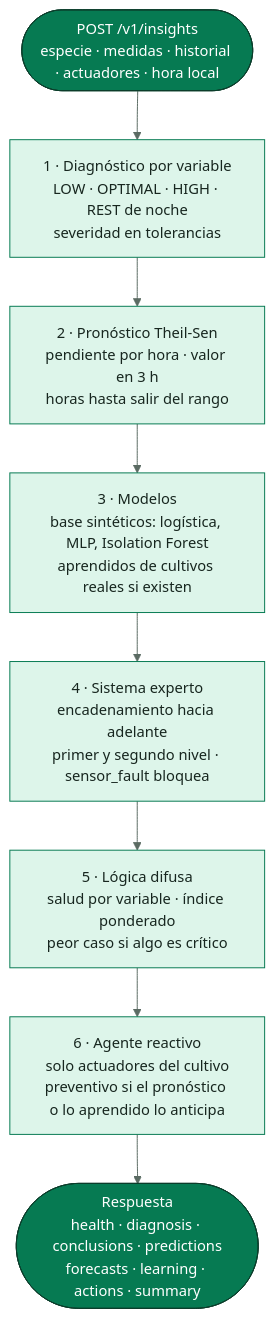
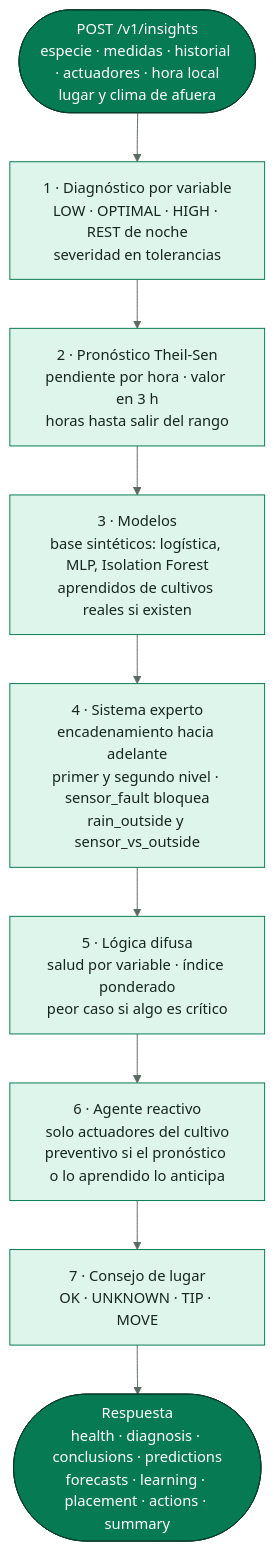
The second of 4 diagrams in docs/SmartPot_AI_Documentation.md (SmartPotTech/SmartPot-AI), drawn with Mermaid before and after one commit. The commit also changed other lines of this file, not shown here.

First line of the commit message:
Document the placement advice in the AI documentation

````diff
--- a/docs/SmartPot_AI_Documentation.md
+++ b/docs/SmartPot_AI_Documentation.md
@@ -113,21 +114,22 @@
 ```mermaid
 %%{init: {"theme": "base", "fontFamily": "Segoe UI, Arial, sans-serif", "themeVariables": {"fontFamily": "Segoe UI, Arial, sans-serif", "fontSize": "15px", "primaryColor": "#DDF5EA", "primaryTextColor": "#17261F", "primaryBorderColor": "#067A52", "secondaryColor": "#E3F2FB", "secondaryTextColor": "#17261F", "secondaryBorderColor": "#1F6FA0", "tertiaryColor": "#F2F7F4", "tertiaryTextColor": "#17261F", "tertiaryBorderColor": "#D5E3DC", "lineColor": "#5B6B63", "textColor": "#17261F", "mainBkg": "#DDF5EA", "nodeBorder": "#067A52", "clusterBkg": "#F7FAF8", "clusterBorder": "#D5E3DC", "edgeLabelBackground": "#FFFFFF", "actorBkg": "#067A52", "actorBorder": "#0B3D2B", "actorTextColor": "#FFFFFF", "actorLineColor": "#5B6B63", "signalColor": "#17261F", "signalTextColor": "#17261F", "labelBoxBkgColor": "#0B3D2B", "labelBoxBorderColor": "#0B3D2B", "labelTextColor": "#FFFFFF", "loopTextColor": "#0B3D2B", "noteBkgColor": "#FDF4DD", "noteBorderColor": "#C98D12", "noteTextColor": "#17261F", "activationBkgColor": "#DDF5EA", "activationBorderColor": "#067A52", "attributeBackgroundColorOdd": "#FFFFFF", "attributeBackgroundColorEven": "#F2F7F4"}}}%%
 flowchart TB
-  req(["POST /v1/insights<br/>especie · medidas · historial · actuadores · hora local"])
+  req(["POST /v1/insights<br/>especie · medidas · historial · actuadores · hora local<br/>lugar y clima de afuera"])
   req --> diag["1 · Diagnóstico por variable<br/>LOW · OPTIMAL · HIGH · REST de noche<br/>severidad en tolerancias"]
   diag --> fc["2 · Pronóstico Theil-Sen<br/>pendiente por hora · valor en 3 h<br/>horas hasta salir del rango"]
   fc --> ml["3 · Modelos<br/>base sintéticos: logística, MLP, Isolation Forest<br/>aprendidos de cultivos reales si existen"]
-  ml --> es["4 · Sistema experto<br/>encadenamiento hacia adelante<br/>primer y segundo nivel · sensor_fault bloquea"]
+  ml --> es["4 · Sistema experto<br/>encadenamiento hacia adelante<br/>primer y segundo nivel · sensor_fault bloquea<br/>rain_outside y sensor_vs_outside"]
   es --> fz["5 · Lógica difusa<br/>salud por variable · índice ponderado<br/>peor caso si algo es crítico"]
   fz --> ag["6 · Agente reactivo<br/>solo actuadores del cultivo<br/>preventivo si el pronóstico o lo aprendido lo anticipa"]
-  ag --> out(["Respuesta<br/>health · diagnosis · conclusions · predictions<br/>forecasts · learning · actions · summary"])
+  ag --> place["7 · Consejo de lugar<br/>OK · UNKNOWN · TIP · MOVE"]
+  place --> out(["Respuesta<br/>health · diagnosis · conclusions · predictions<br/>forecasts · learning · placement · actions · summary"])
   classDef leaf fill:#DDF5EA,stroke:#067A52,color:#17261F
   classDef water fill:#E3F2FB,stroke:#1F6FA0,color:#17261F
   classDef sun fill:#FDF4DD,stroke:#C98D12,color:#17261F
   classDef clay fill:#FBE9E1,stroke:#B85A38,color:#17261F
   classDef core fill:#067A52,stroke:#0B3D2B,color:#FFFFFF
   classDef deep fill:#0B3D2B,stroke:#06281C,color:#FFFFFF
   classDef muted fill:#F2F7F4,stroke:#5B6B63,color:#17261F
   class req,out core
-  class diag,fc,ml,es,fz,ag leaf
+  class diag,fc,ml,es,fz,ag,place leaf
 ```
````
